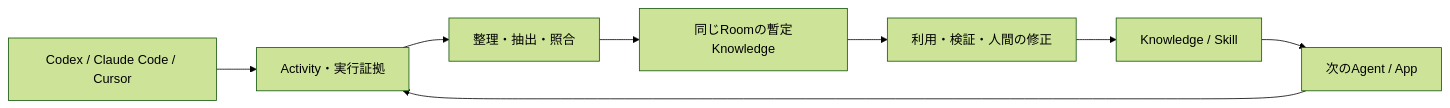
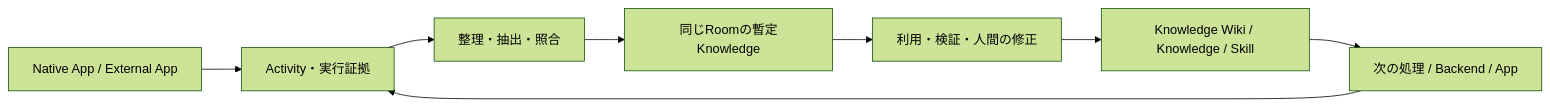
One commit to Takuma-kaho/Samurai-Agent changed the diagram in PRODUCT.md. Above: the diagram before and after it, drawn with Mermaid (forest theme). The commit also changed other lines of this file and 254 other files, not shown here.

```diff
--- a/PRODUCT.md
+++ b/PRODUCT.md
@@ -73,18 +75,18 @@
 ~~~mermaid
 flowchart LR
-  AppA["Codex / Claude Code / Cursor"]
+  AppA["Native App / External App"]
   Activity["Activity・実行証拠"]
   Review["整理・抽出・照合"]
   Draft["同じRoomの暫定Knowledge"]
   Evaluate["利用・検証・人間の修正"]
-  Knowledge["Knowledge / Skill"]
-  AppB["次のAgent / App"]
+  Knowledge["Knowledge Wiki / Knowledge / Skill"]
+  AppB["次の処理 / Backend / App"]
 
   AppA --> Activity
   Activity --> Review
   Review --> Draft
   Draft --> Evaluate
   Evaluate --> Knowledge
   Knowledge --> AppB
   AppB --> Activity
 ~~~
```
